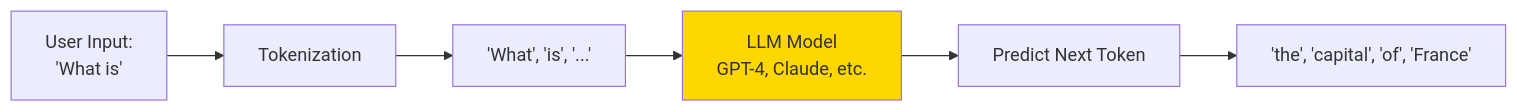
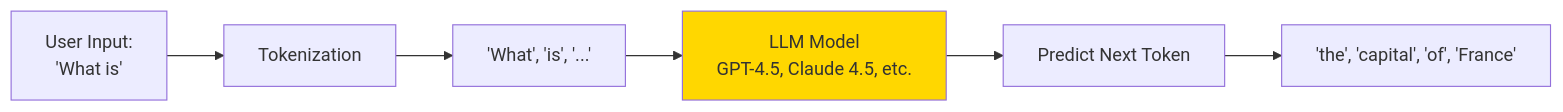
Before and after one commit to anton-abyzov/specweave: the first of 4 diagrams in .specweave/docs/public/learn/ml-ai/ml-fundamentals.md, drawn with Mermaid. The commit also changed other lines of this file, not shown here.

````diff
--- a/.specweave/docs/public/learn/ml-ai/ml-fundamentals.md
+++ b/.specweave/docs/public/learn/ml-ai/ml-fundamentals.md
@@ -48,10 +48,10 @@
 ```mermaid
 graph LR
     Input[User Input:<br/>'What is'] --> Tokenize[Tokenization]
     Tokenize --> Tokens['What', 'is', '...']
-    Tokens --> Model[LLM Model<br/>GPT-4, Claude, etc.]
+    Tokens --> Model[LLM Model<br/>GPT-4.5, Claude 4.5, etc.]
     Model --> Predict[Predict Next Token]
     Predict --> Output['the', 'capital', 'of', 'France']
 
     style Model fill:#ffd700
 ```
````
